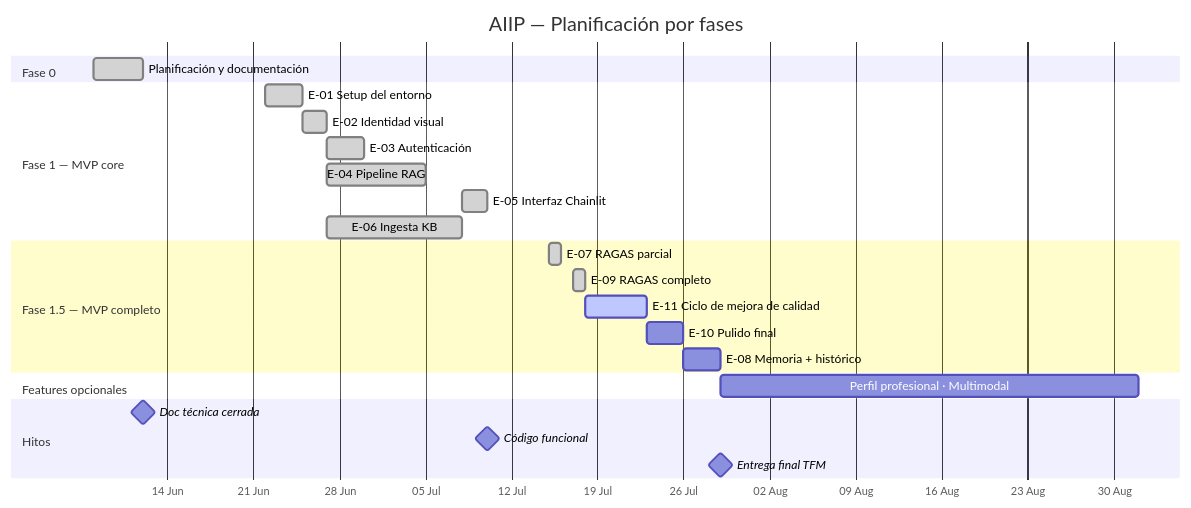
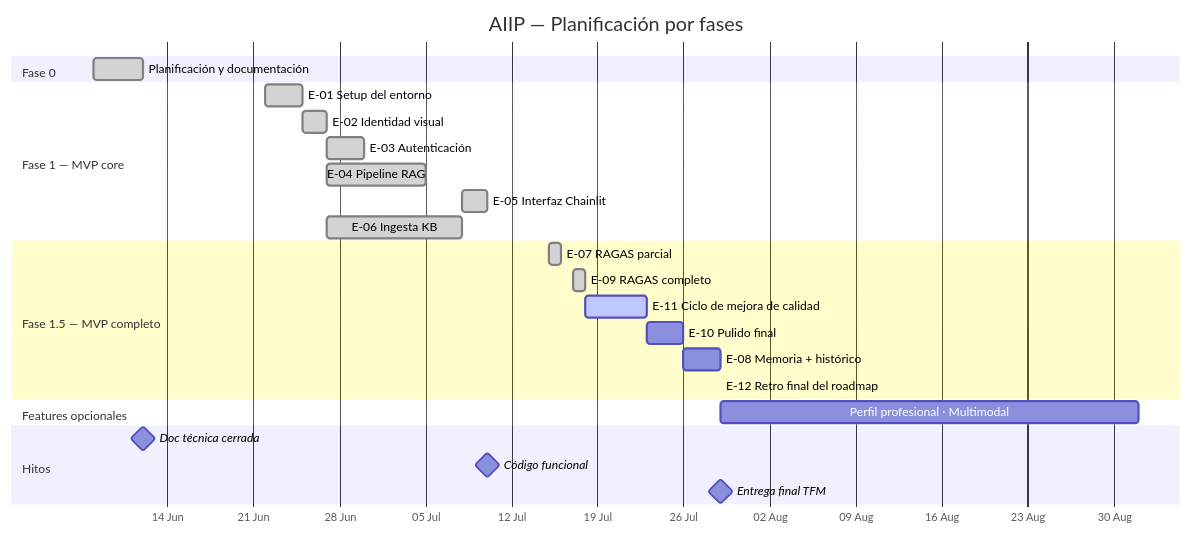
The diagram in README.md (mimpho/aiip), drawn with Mermaid before and after one commit. The commit also changed other lines of this file and 2 other files, not shown here.

Commit message:
feat: add E-12 to roadmap for project retrospective and update supporting documentation

````diff
--- a/README.md
+++ b/README.md
@@ -66,32 +67,33 @@
 ```mermaid
 gantt
     title AIIP — Planificación por fases
     dateFormat  YYYY-MM-DD
     axisFormat  %d %b
 
     section Fase 0
     Planificación y documentación     :done,    f0, 2026-06-08, 2026-06-12
 
     section Fase 1 — MVP core
     E-01 Setup del entorno            :done,    e01, 2026-06-22, 2026-06-25
     E-02 Identidad visual             :done,    e02, 2026-06-25, 2026-06-27
     E-03 Autenticación                :done,    e03, 2026-06-27, 2026-06-30
     E-04 Pipeline RAG                 :done,    e04, 2026-06-27, 2026-07-05
     E-05 Interfaz Chainlit            :done,    e05, 2026-07-08, 2026-07-10
     E-06 Ingesta KB                   :done,    e06, 2026-06-27, 2026-07-08
 
     section Fase 1.5 — MVP completo
     E-07 RAGAS parcial                :done,    e07, 2026-07-15, 2026-07-16
     E-09 RAGAS completo                :done,    e09, 2026-07-17, 2026-07-18
     E-11 Ciclo de mejora de calidad   :active,  e11, 2026-07-18, 2026-07-23
     E-10 Pulido final                 :         e10, 2026-07-23, 2026-07-26
     E-08 Memoria + histórico          :         e08, 2026-07-26, 2026-07-29
+    E-12 Retro final del roadmap      :         e12, 2026-07-29, 2026-07-29
 
     section Features opcionales
     Perfil profesional · Multimodal   :         fo, 2026-07-29, 2026-09-01
 
     section Hitos
     Doc técnica cerrada               :milestone, 2026-06-12, 0d
     Código funcional                  :milestone, 2026-07-10, 0d
     Entrega final TFM                 :milestone, 2026-07-29, 0d
 ```
````
